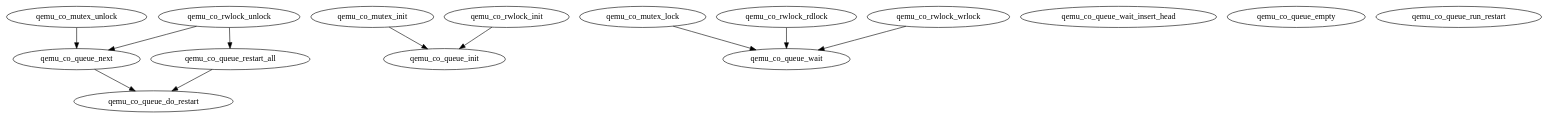
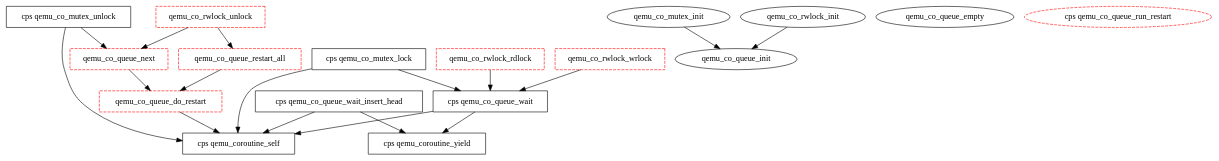
One commit to kerneis/cpc-qemu-bench changed the diagram in graphs/lock-broken.dot. Above: the diagram before and after it, drawn with Graphviz. The commit also changed 3 other files, not shown here.

Commit message:
Fix corocheck graphs

```diff
--- a/graphs/lock-broken.dot
+++ b/graphs/lock-broken.dot
@@ -1,31 +1,41 @@
 digraph G {
-  "qemu_co_queue_do_restart" [shape=ellipse, color="#000000", style=solid];
+  "qemu_co_queue_do_restart" [shape=box, color="#FF0000", style=dashed];
+  "cps qemu_coroutine_yield" [shape=box, color="#000000", style=solid];
+  "cps qemu_coroutine_self" [shape=box, color="#000000", style=solid];
   "qemu_co_queue_init" [shape=ellipse, color="#000000", style=solid];
-  "qemu_co_queue_wait" [shape=ellipse, color="#000000", style=solid];
-  "qemu_co_queue_wait_insert_head" [shape=ellipse, color="#000000",
-                                    style=solid];
-  "qemu_co_queue_next" [shape=ellipse, color="#000000", style=solid];
-  "qemu_co_queue_restart_all" [shape=ellipse, color="#000000", style=solid];
+  "cps qemu_co_queue_wait" [shape=box, color="#000000", style=solid];
+  "cps qemu_co_queue_wait_insert_head" [shape=box, color="#000000",
+                                        style=solid];
+  "qemu_co_queue_next" [shape=box, color="#FF0000", style=dashed];
+  "qemu_co_queue_restart_all" [shape=box, color="#FF0000", style=dashed];
   "qemu_co_queue_empty" [shape=ellipse, color="#000000", style=solid];
   "qemu_co_mutex_init" [shape=ellipse, color="#000000", style=solid];
-  "qemu_co_mutex_lock" [shape=ellipse, color="#000000", style=solid];
-  "qemu_co_mutex_unlock" [shape=ellipse, color="#000000", style=solid];
+  "cps qemu_co_mutex_lock" [shape=box, color="#000000", style=solid];
+  "cps qemu_co_mutex_unlock" [shape=box, color="#000000", style=solid];
   "qemu_co_rwlock_init" [shape=ellipse, color="#000000", style=solid];
-  "qemu_co_rwlock_rdlock" [shape=ellipse, color="#000000", style=solid];
-  "qemu_co_rwlock_wrlock" [shape=ellipse, color="#000000", style=solid];
-  "qemu_co_rwlock_unlock" [shape=ellipse, color="#000000", style=solid];
-  "qemu_co_queue_run_restart" [shape=ellipse, color="#000000", style=solid];
+  "qemu_co_rwlock_rdlock" [shape=box, color="#FF0000", style=dashed];
+  "qemu_co_rwlock_wrlock" [shape=box, color="#FF0000", style=dashed];
+  "qemu_co_rwlock_unlock" [shape=box, color="#FF0000", style=dashed];
+  "cps qemu_co_queue_run_restart" [shape=ellipse, color="#FF0000",
+                                   style=dashed];
   
   
+  "qemu_co_queue_do_restart" -> "cps qemu_coroutine_self";
+  "cps qemu_co_queue_wait" -> "cps qemu_coroutine_yield";
+  "cps qemu_co_queue_wait" -> "cps qemu_coroutine_self";
+  "cps qemu_co_queue_wait_insert_head" -> "cps qemu_coroutine_yield";
+  "cps qemu_co_queue_wait_insert_head" -> "cps qemu_coroutine_self";
   "qemu_co_queue_next" -> "qemu_co_queue_do_restart";
   "qemu_co_queue_restart_all" -> "qemu_co_queue_do_restart";
   "qemu_co_mutex_init" -> "qemu_co_queue_init";
-  "qemu_co_mutex_lock" -> "qemu_co_queue_wait";
-  "qemu_co_mutex_unlock" -> "qemu_co_queue_next";
+  "cps qemu_co_mutex_lock" -> "cps qemu_coroutine_self";
+  "cps qemu_co_mutex_lock" -> "cps qemu_co_queue_wait";
+  "cps qemu_co_mutex_unlock" -> "cps qemu_coroutine_self";
+  "cps qemu_co_mutex_unlock" -> "qemu_co_queue_next";
   "qemu_co_rwlock_init" -> "qemu_co_queue_init";
-  "qemu_co_rwlock_rdlock" -> "qemu_co_queue_wait";
-  "qemu_co_rwlock_wrlock" -> "qemu_co_queue_wait";
+  "qemu_co_rwlock_rdlock" -> "cps qemu_co_queue_wait";
+  "qemu_co_rwlock_wrlock" -> "cps qemu_co_queue_wait";
   "qemu_co_rwlock_unlock" -> "qemu_co_queue_next";
   "qemu_co_rwlock_unlock" -> "qemu_co_queue_restart_all";
   
   }
```
